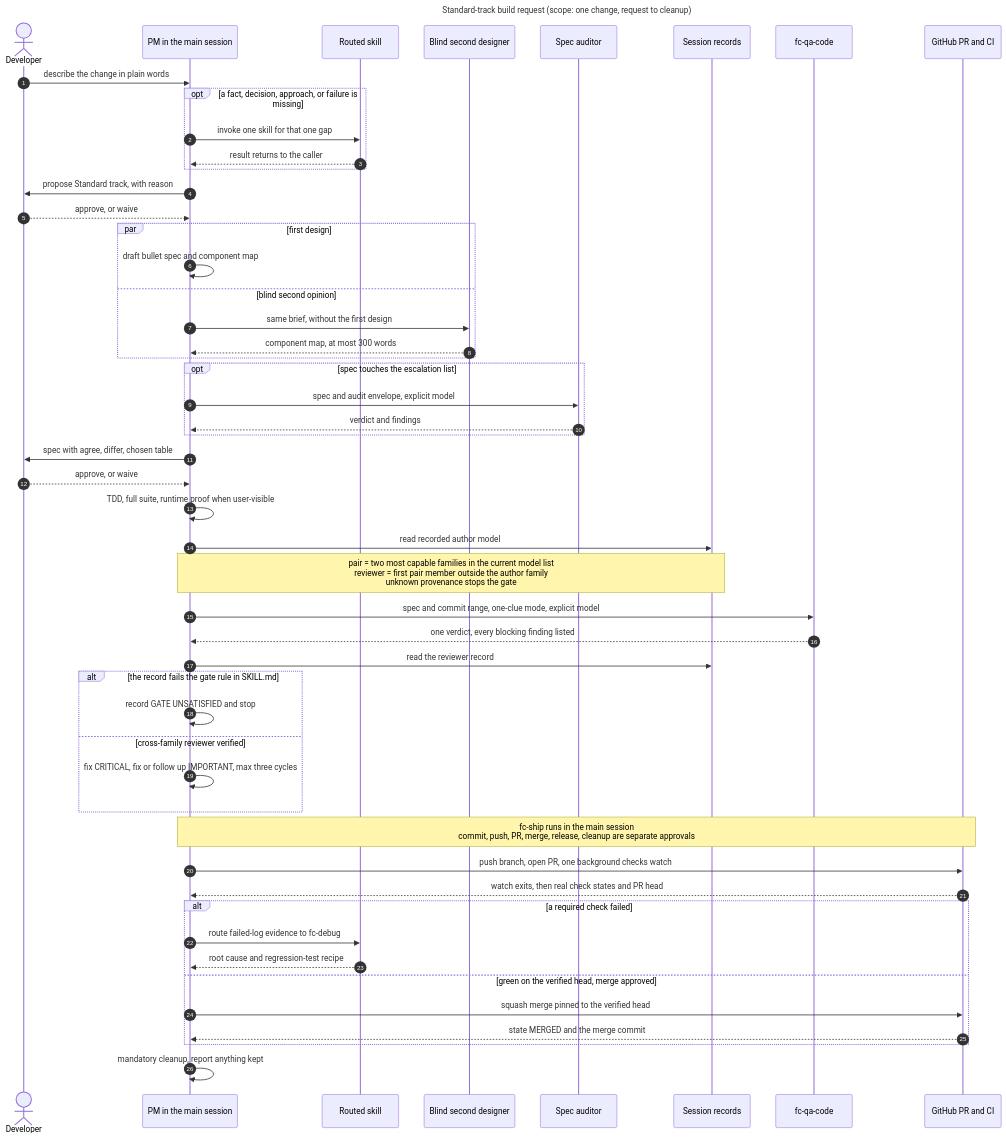
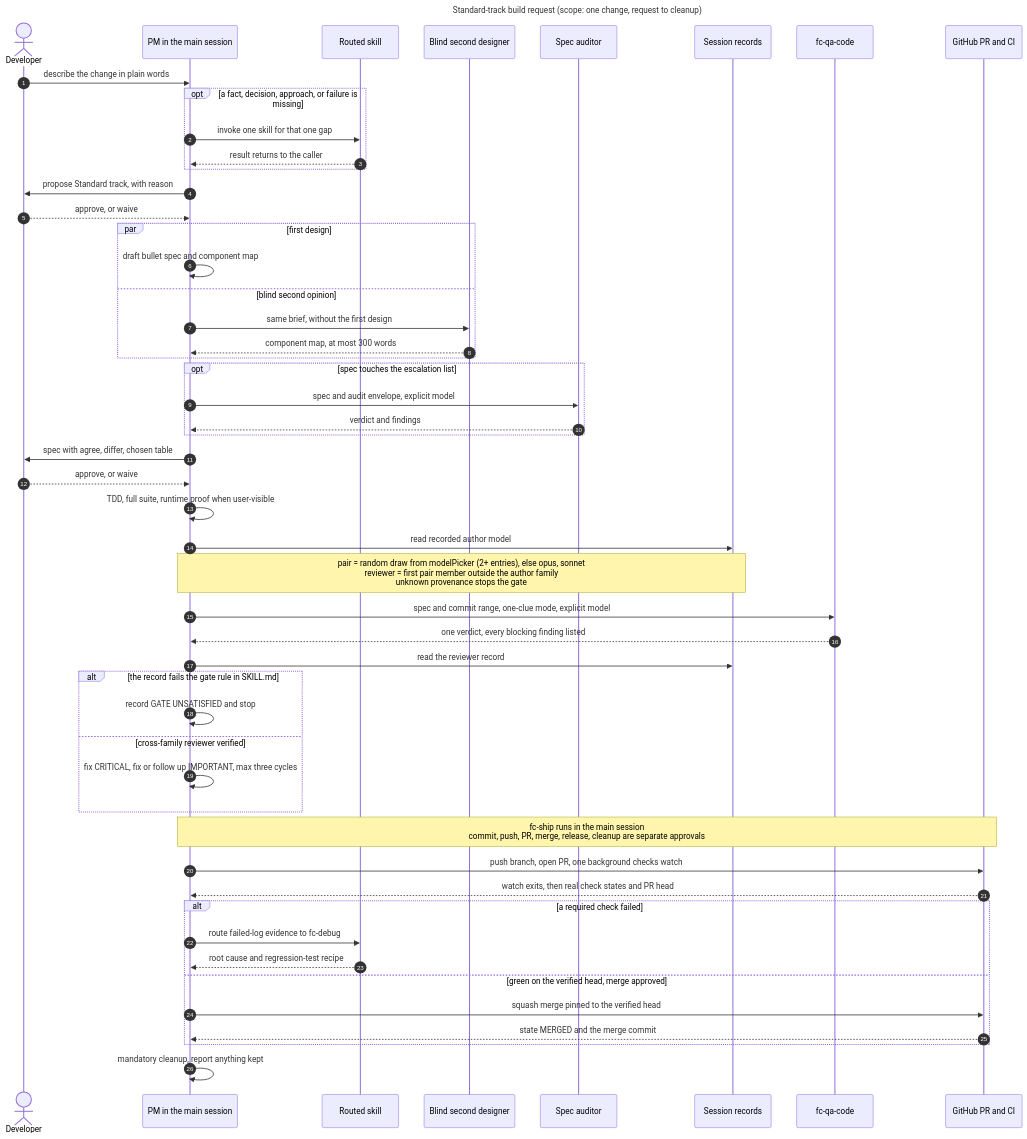
One commit to D0n9X1n/feature-crew changed the second of 2 diagrams in wiki/Architecture.md. Above: the diagram before and after it, drawn with Mermaid. The commit also changed 4 other files, not shown here.

First line of the commit message:
fix: pick the review pair from the /model picker

````diff
--- a/wiki/Architecture.md
+++ b/wiki/Architecture.md
@@ -73,56 +73,56 @@
 ```mermaid
 ---
 title: "Standard-track build request (scope: one change, request to cleanup)"
 ---
 sequenceDiagram
     autonumber
     actor Dev as Developer
     participant PM as PM in the main session
     participant Sub as Routed skill
     participant SD as Blind second designer
     participant Aud as Spec auditor
     participant Rec as Session records
     participant QA as fc-qa-code
     participant GH as GitHub PR and CI
     Dev->>PM: describe the change in plain words
     opt a fact, decision, approach, or failure is missing
         PM->>Sub: invoke one skill for that one gap
         Sub-->>PM: result returns to the caller
     end
     PM->>Dev: propose Standard track, with reason
     Dev-->>PM: approve, or waive
     par first design
         PM->>PM: draft bullet spec and component map
     and blind second opinion
         PM->>SD: same brief, without the first design
         SD-->>PM: component map, at most 300 words
     end
     opt spec touches the escalation list
         PM->>Aud: spec and audit envelope, explicit model
         Aud-->>PM: verdict and findings
     end
     PM->>Dev: spec with agree, differ, chosen table
     Dev-->>PM: approve, or waive
     PM->>PM: TDD, full suite, runtime proof when user-visible
     PM->>Rec: read recorded author model
-    Note over PM,Rec: pair = two most capable families in the current model list<br/>reviewer = first pair member outside the author family<br/>unknown provenance stops the gate
+    Note over PM,Rec: pair = random draw from modelPicker (2+ entries), else opus, sonnet<br/>reviewer = first pair member outside the author family<br/>unknown provenance stops the gate
     PM->>QA: spec and commit range, one-clue mode, explicit model
     QA-->>PM: one verdict, every blocking finding listed
     PM->>Rec: read the reviewer record
     alt the record fails the gate rule in SKILL.md
         PM->>PM: record GATE UNSATISFIED and stop
     else cross-family reviewer verified
         PM->>PM: fix CRITICAL, fix or follow up IMPORTANT, max three cycles
     end
     Note over PM,GH: fc-ship runs in the main session<br/>commit, push, PR, merge, release, cleanup are separate approvals
     PM->>GH: push branch, open PR, one background checks watch
     GH-->>PM: watch exits, then real check states and PR head
     alt a required check failed
         PM->>Sub: route failed-log evidence to fc-debug
         Sub-->>PM: root cause and regression-test recipe
     else green on the verified head, merge approved
         PM->>GH: squash merge pinned to the verified head
         GH-->>PM: state MERGED and the merge commit
     end
     PM->>PM: mandatory cleanup, report anything kept
 ```
````
